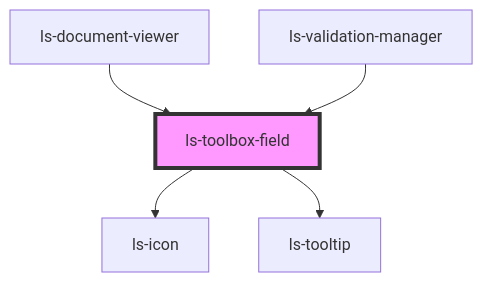
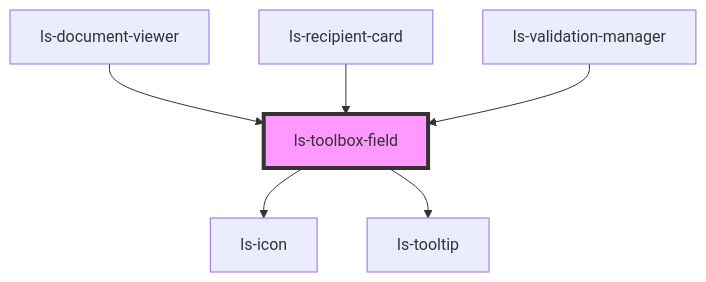
The diagram in src/components/ls-toolbox-field/readme.md (legalesign/ls-document-viewer), drawn with Mermaid before and after one commit. The commit also changed other lines of this file and 11 other files, not shown here.

````diff
--- a/src/components/ls-toolbox-field/readme.md
+++ b/src/components/ls-toolbox-field/readme.md
@@ -45,8 +47,9 @@
 ```mermaid
 graph TD;
   ls-toolbox-field --> ls-icon
   ls-toolbox-field --> ls-tooltip
   ls-document-viewer --> ls-toolbox-field
+  ls-recipient-card --> ls-toolbox-field
   ls-validation-manager --> ls-toolbox-field
   style ls-toolbox-field fill:#f9f,stroke:#333,stroke-width:4px
 ```
````
